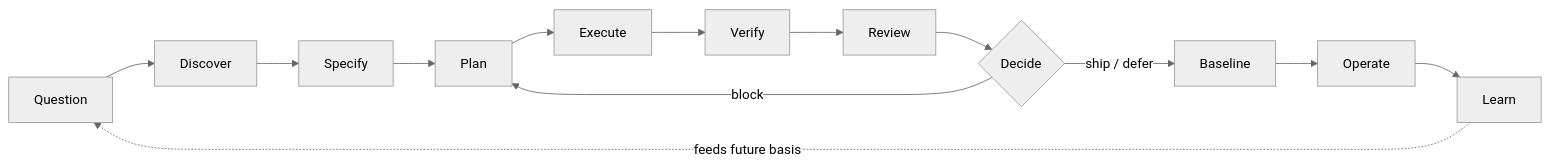
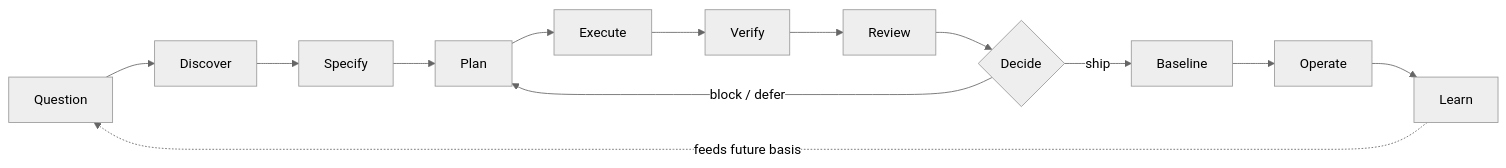
Before and after one commit to FlyFission/nuclear-grade-context-engineering: the first of 5 diagrams in README.md, drawn with Mermaid (neutral theme). The commit also changed other lines of this file and 9 other files, not shown here.

First line of the commit message:
docs: plain README first screen; only a ship decision saves the baseline

````diff
--- a/README.md
+++ b/README.md
@@ -214,9 +240,9 @@
 ```mermaid
 flowchart LR
     Q[Question] --> D[Discover] --> S[Specify] --> P[Plan]
     P --> E[Execute] --> V[Verify] --> R[Review]
     R --> Dec{Decide}
-    Dec -->|ship / defer| B[Baseline] --> O[Operate] --> L[Learn]
-    Dec -->|block| P
+    Dec -->|ship| B[Baseline] --> O[Operate] --> L[Learn]
+    Dec -->|block / defer| P
     L -.feeds future basis.-> Q
 ```
````
